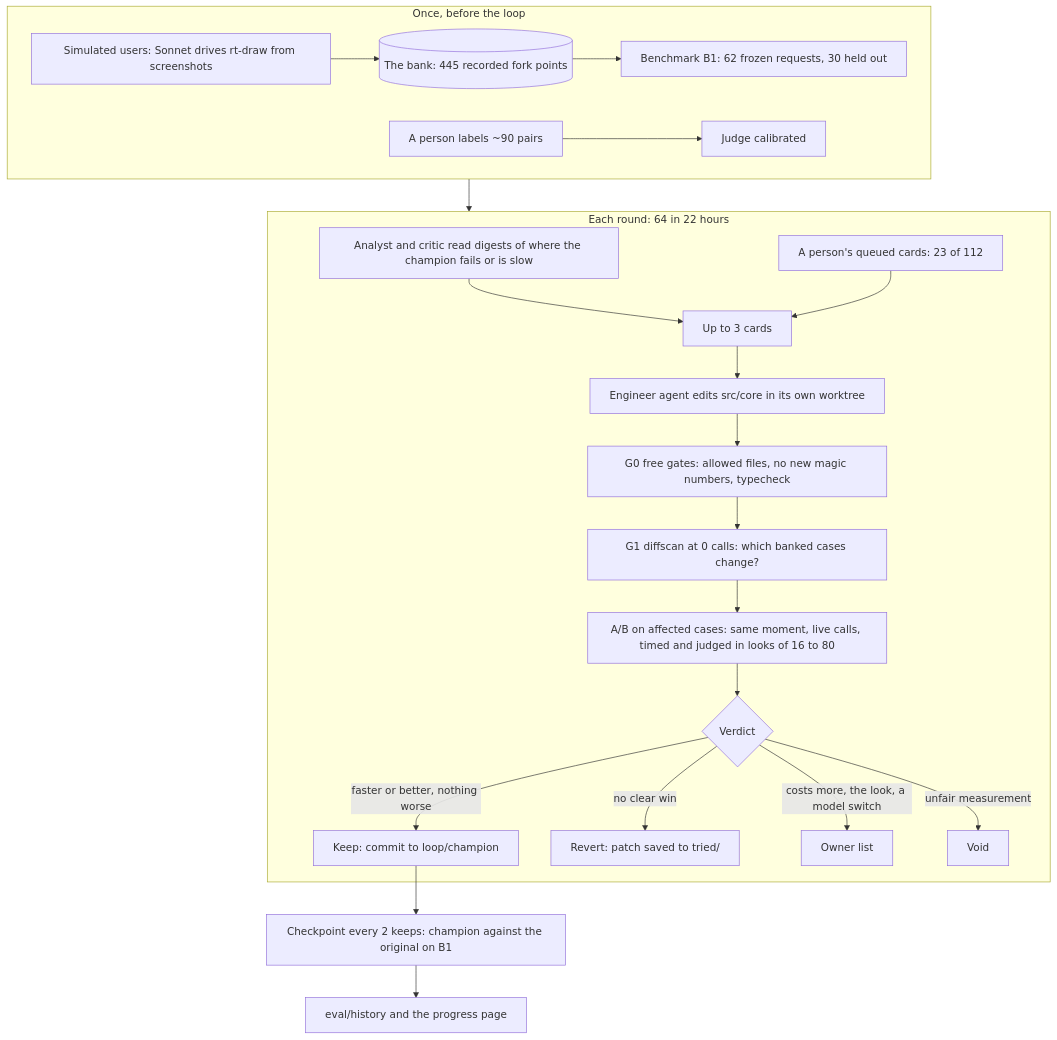
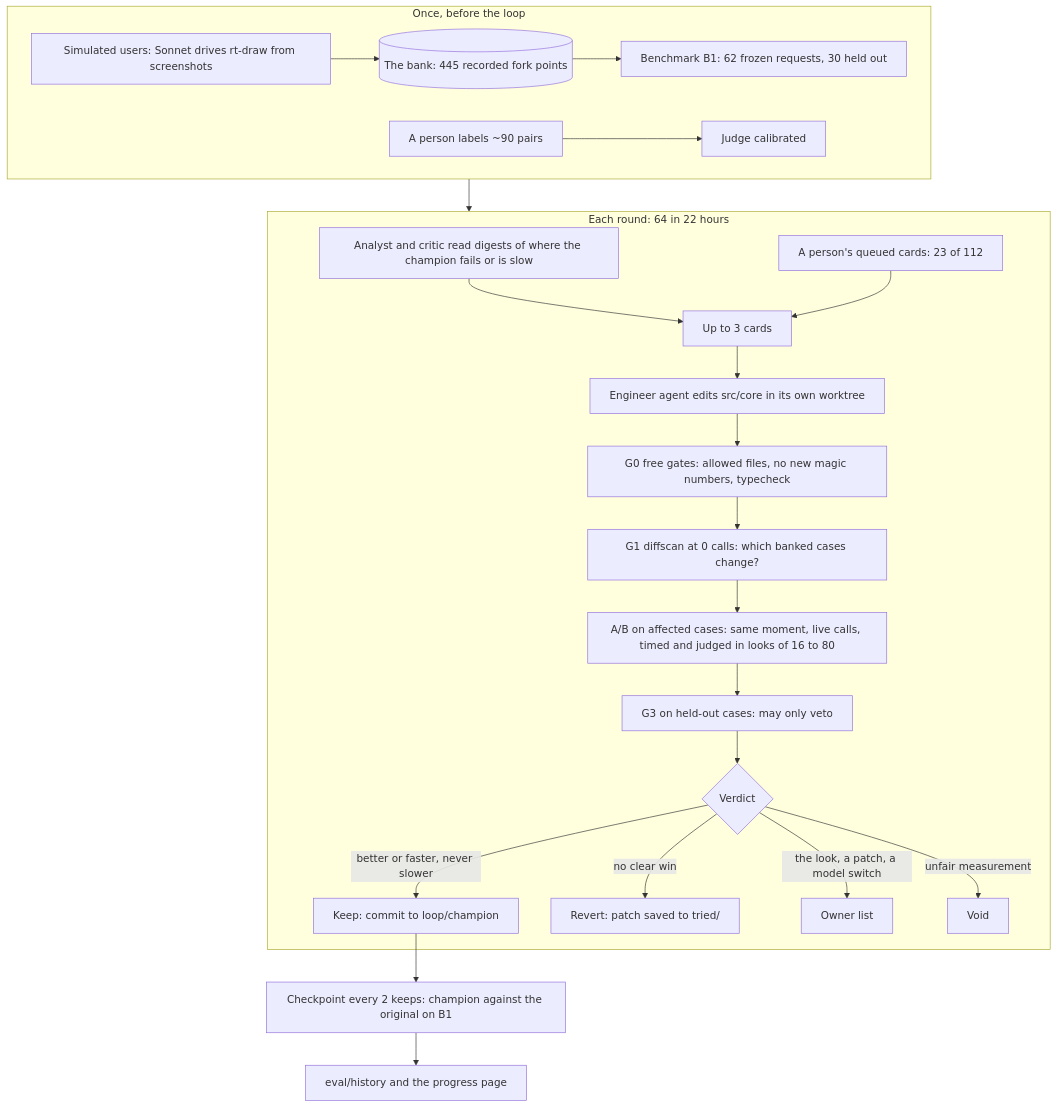
One commit to OmarSalimMoussa/rt-draw-v2 changed the diagram in evals/README.md. Above: the diagram before and after it, drawn with Mermaid. The commit also changed other lines of this file and 67 other files, not shown here.

````diff
--- a/evals/README.md
+++ b/evals/README.md
@@ -135,25 +135,26 @@
 ```mermaid
 %%{init: {"flowchart": {"wrappingWidth": 400}}}%%
 flowchart TD
   subgraph setup["Once, before the loop"]
     direction LR
     DR["Simulated users: Sonnet drives rt-draw from screenshots"] --> BANK[("The bank: 445 recorded fork points")] --> B1["Benchmark B1: 62 frozen requests, 30 held out"]
     LAB["A person labels ~90 pairs"] --> CAL["Judge calibrated"]
   end
   subgraph rounds["Each round: 64 in 22 hours"]
     AN["Analyst and critic read digests of where the champion fails or is slow"] --> CARDS["Up to 3 cards"]
     PQ["A person's queued cards: 23 of 112"] --> CARDS
     CARDS --> ENG["Engineer agent edits src/core in its own worktree"]
     ENG --> G0["G0 free gates: allowed files, no new magic numbers, typecheck"]
     G0 --> G1["G1 diffscan at 0 calls: which banked cases change?"]
     G1 --> AB["A/B on affected cases: same moment, live calls, timed and judged in looks of 16 to 80"]
-    AB --> V{"Verdict"}
-    V -->|"faster or better, nothing worse"| KEEP["Keep: commit to loop/champion"]
+    AB --> G3["G3 on held-out cases: may only veto"]
+    G3 --> V{"Verdict"}
+    V -->|"better or faster, never slower"| KEEP["Keep: commit to loop/champion"]
     V -->|"no clear win"| REV["Revert: patch saved to tried/"]
-    V -->|"costs more, the look, a model switch"| OWN["Owner list"]
+    V -->|"the look, a patch, a model switch"| OWN["Owner list"]
     V -->|"unfair measurement"| VOID["Void"]
   end
   setup --> rounds
   KEEP --> CK["Checkpoint every 2 keeps: champion against the original on B1"]
   CK --> PG["eval/history and the progress page"]
 ```
````
